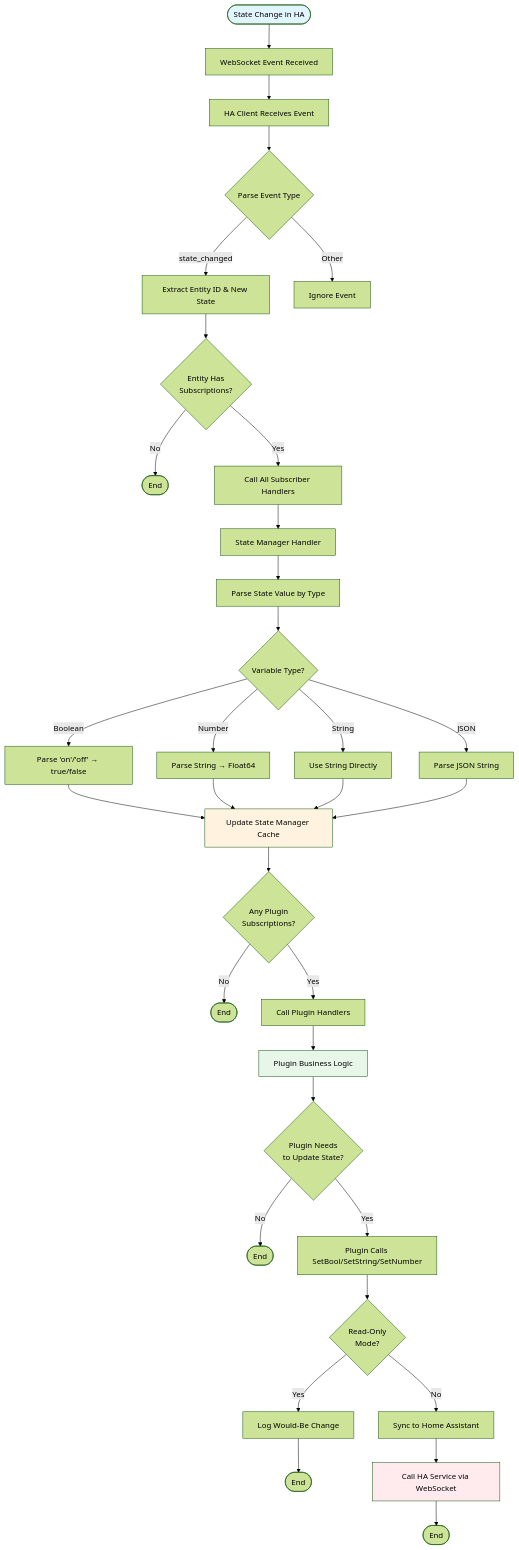
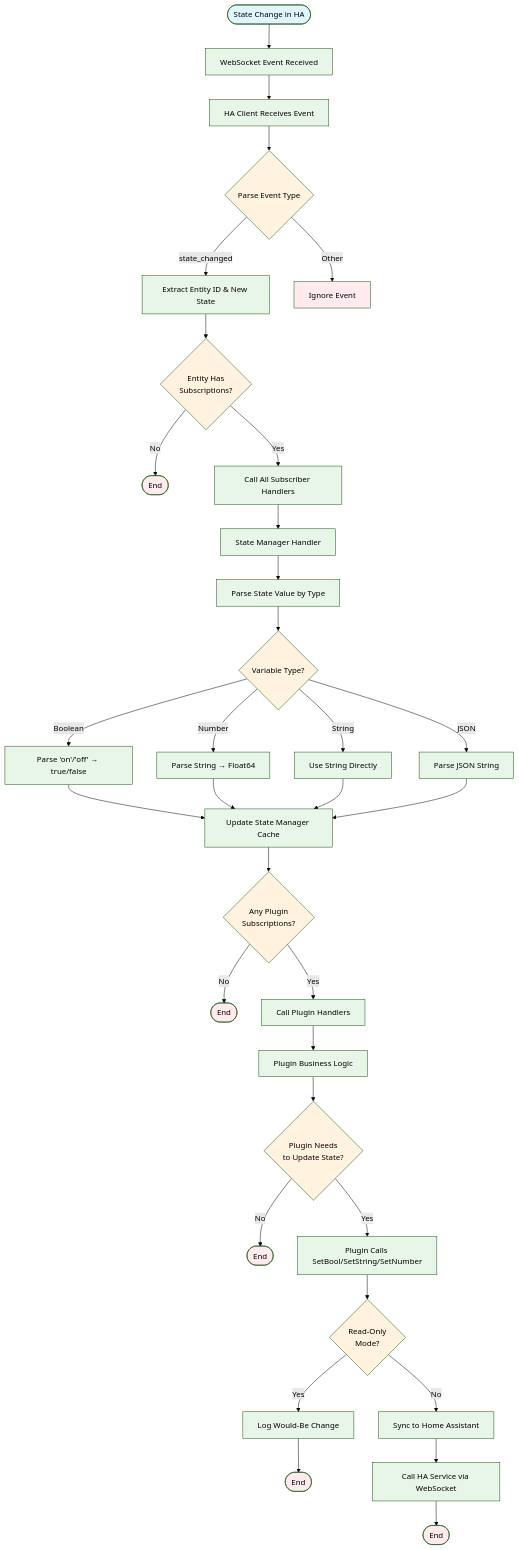
The third of 7 diagrams in docs/architecture/VISUAL_ARCHITECTURE.md (NickBorgersOnLowSecurityNode/home-automation), drawn with Mermaid (forest theme) before and after one commit. The commit also changed other lines of this file, not shown here.

First line of the commit message:
Apply complete, consistent color styling to all diagrams

````diff
--- a/docs/architecture/VISUAL_ARCHITECTURE.md
+++ b/docs/architecture/VISUAL_ARCHITECTURE.md
@@ -158,51 +158,77 @@
 ```mermaid
 flowchart TD
     Start([State Change in HA]) --> WSEvent[WebSocket Event Received]
     WSEvent --> HAClient[HA Client Receives Event]
     HAClient --> ParseEvent{Parse Event Type}
 
     ParseEvent -->|state_changed| ExtractState[Extract Entity ID & New State]
     ParseEvent -->|Other| Ignore[Ignore Event]
 
     ExtractState --> FindSubs{Entity Has<br/>Subscriptions?}
     FindSubs -->|No| End1([End])
     FindSubs -->|Yes| CallHandlers[Call All Subscriber Handlers]
 
     CallHandlers --> SMHandler[State Manager Handler]
     SMHandler --> ParseValue[Parse State Value by Type]
     ParseValue --> TypeCheck{Variable Type?}
 
     TypeCheck -->|Boolean| ParseBool["Parse 'on'/'off' → true/false"]
     TypeCheck -->|Number| ParseNum[Parse String → Float64]
     TypeCheck -->|String| UseString[Use String Directly]
     TypeCheck -->|JSON| ParseJSON[Parse JSON String]
 
     ParseBool --> UpdateCache
     ParseNum --> UpdateCache
     UseString --> UpdateCache
     ParseJSON --> UpdateCache
 
     UpdateCache[Update State Manager Cache] --> NotifyPlugins{Any Plugin<br/>Subscriptions?}
 
     NotifyPlugins -->|No| End2([End])
     NotifyPlugins -->|Yes| CallPluginHandlers[Call Plugin Handlers]
 
     CallPluginHandlers --> PluginLogic[Plugin Business Logic]
     PluginLogic --> Decision{Plugin Needs<br/>to Update State?}
 
     Decision -->|No| End3([End])
     Decision -->|Yes| SetState[Plugin Calls SetBool/SetString/SetNumber]
 
     SetState --> CheckReadOnly{Read-Only<br/>Mode?}
     CheckReadOnly -->|Yes| LogOnly[Log Would-Be Change]
     CheckReadOnly -->|No| SyncToHA[Sync to Home Assistant]
 
     LogOnly --> End4([End])
     SyncToHA --> CallService[Call HA Service via WebSocket]
     CallService --> End5([End])
 
     style Start fill:#e1f5ff
-    style UpdateCache fill:#fff3e0
+    style WSEvent fill:#e8f5e9
+    style HAClient fill:#e8f5e9
+    style ParseEvent fill:#fff3e0
+    style ExtractState fill:#e8f5e9
+    style Ignore fill:#ffebee
+    style FindSubs fill:#fff3e0
+    style End1 fill:#ffebee
+    style CallHandlers fill:#e8f5e9
+    style SMHandler fill:#e8f5e9
+    style ParseValue fill:#e8f5e9
+    style TypeCheck fill:#fff3e0
+    style ParseBool fill:#e8f5e9
+    style ParseNum fill:#e8f5e9
+    style UseString fill:#e8f5e9
+    style ParseJSON fill:#e8f5e9
+    style UpdateCache fill:#e8f5e9
+    style NotifyPlugins fill:#fff3e0
+    style End2 fill:#ffebee
+    style CallPluginHandlers fill:#e8f5e9
     style PluginLogic fill:#e8f5e9
-    style CallService fill:#ffebee
+    style Decision fill:#fff3e0
+    style End3 fill:#ffebee
+    style SetState fill:#e8f5e9
+    style CheckReadOnly fill:#fff3e0
+    style LogOnly fill:#e8f5e9
+    style SyncToHA fill:#e8f5e9
+    style End4 fill:#ffebee
+    style CallService fill:#e8f5e9
+    style End5 fill:#ffebee
 ```
````
